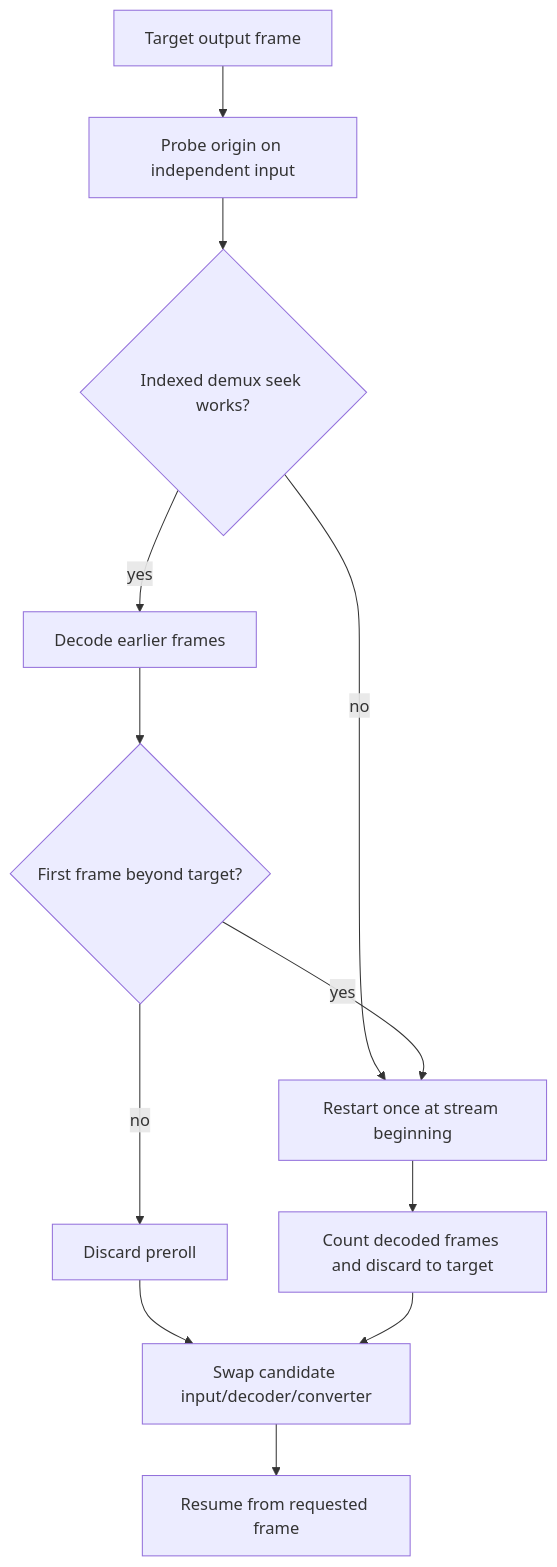
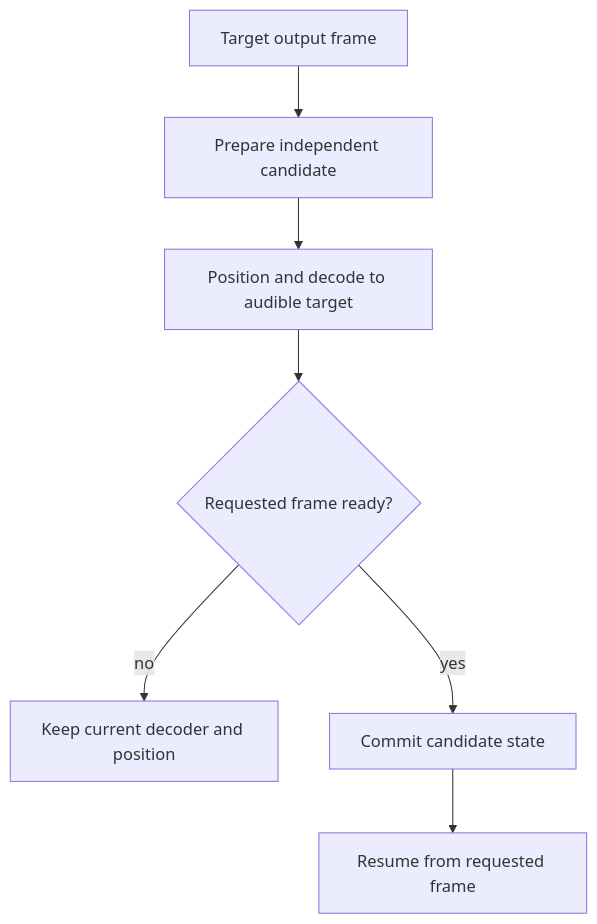
The fifth of 5 diagrams in src/codec/README.md (Vokerlee/wiola-player), drawn with Mermaid before and after one commit. The commit also changed other lines of this file, not shown here.

Commit message:
docs: map codec and decoder architecture

````diff
--- a/src/codec/README.md
+++ b/src/codec/README.md
@@ -91,14 +202,9 @@
 ```mermaid
 flowchart TD
-    Target[Target output frame] --> Probe[Probe origin on independent input]
-    Probe --> Indexed{Indexed demux seek works?}
-    Indexed -->|yes| Frames[Decode earlier frames]
-    Indexed -->|no| Restart[Restart once at stream beginning]
-    Frames --> After{First frame beyond target?}
-    After -->|yes| Restart
-    After -->|no| Trim[Discard preroll]
-    Restart --> Count[Count decoded frames and discard to target]
-    Trim --> Commit[Swap candidate input/decoder/converter]
-    Count --> Commit
+    Target[Target output frame] --> Candidate[Prepare independent candidate]
+    Candidate --> Position[Position and decode to audible target]
+    Position --> Ready{Requested frame ready?}
+    Ready -->|no| Keep[Keep current decoder and position]
+    Ready -->|yes| Commit[Commit candidate state]
     Commit --> Play[Resume from requested frame]
 ```
````
